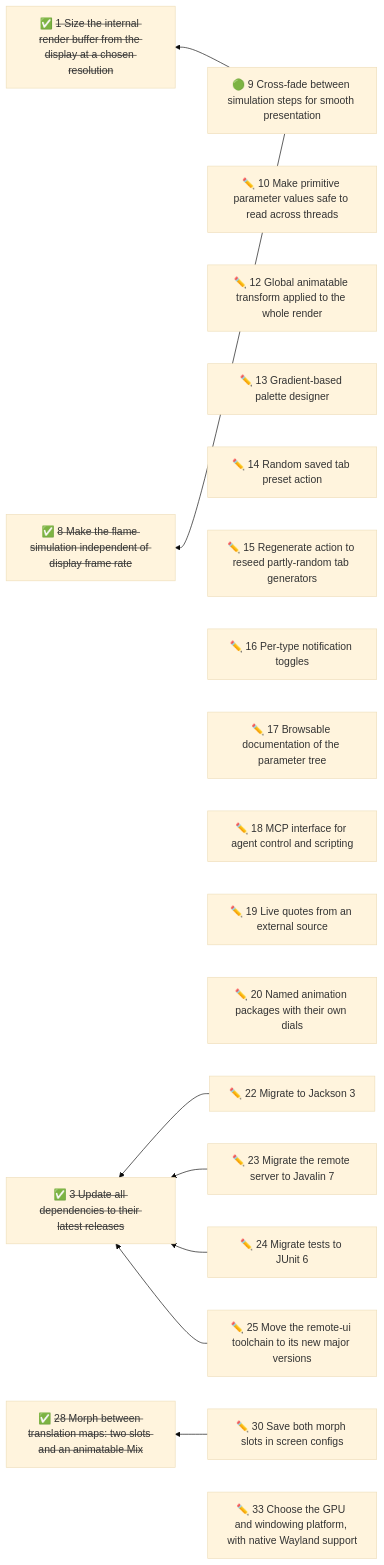
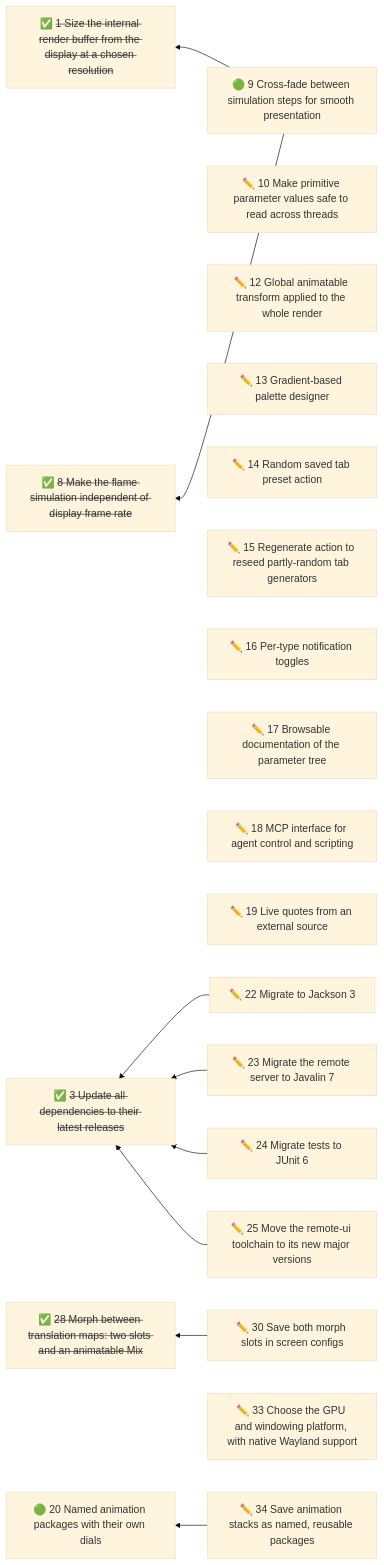
One commit to duckAsteroid/cthugha-reborn changed the diagram in docs/initiatives/README.md. Above: the diagram before and after it, drawn with Mermaid (base theme). The commit also changed other lines of this file and 2 other files, not shown here.

Commit message:
docs(initiatives): design ct#20 (stackable animation packages); add ct#34
Twelve built-in packages (seven 2-D, five 3-D) added per Transform through
an Animations list, combined as modifiers on top of the transform's own
values; Perspective gains Turn/Tip and their spins. Saving user stacks as
named packages is split out as ct#34.

Claude-Session: https://claude.ai/code/session_01YNCZAv8ZyACNq2QKWJoFvK

````diff
--- a/docs/initiatives/README.md
+++ b/docs/initiatives/README.md
@@ -50,52 +51,55 @@
 ```mermaid
 flowchart RL
   n9["🟢 9 Cross-fade between simulation steps for smooth presentation"]
   n10["✏️ 10 Make primitive parameter values safe to read across threads"]
   n12["✏️ 12 Global animatable transform applied to the whole render"]
   n13["✏️ 13 Gradient-based palette designer"]
   n14["✏️ 14 Random saved tab preset action"]
   n15["✏️ 15 Regenerate action to reseed partly-random tab generators"]
   n16["✏️ 16 Per-type notification toggles"]
   n17["✏️ 17 Browsable documentation of the parameter tree"]
   n18["✏️ 18 MCP interface for agent control and scripting"]
   n19["✏️ 19 Live quotes from an external source"]
-  n20["✏️ 20 Named animation packages with their own dials"]
+  n20["🟢 20 Named animation packages with their own dials"]
   n22["✏️ 22 Migrate to Jackson 3"]
   n23["✏️ 23 Migrate the remote server to Javalin 7"]
   n24["✏️ 24 Migrate tests to JUnit 6"]
   n25["✏️ 25 Move the remote-ui toolchain to its new major versions"]
   n30["✏️ 30 Save both morph slots in screen configs"]
   n33["✏️ 33 Choose the GPU and windowing platform, with native Wayland support"]
+  n34["✏️ 34 Save animation stacks as named, reusable packages"]
   n1["✅ <s>1 Size the internal render buffer from the display at a chosen resolution</s>"]
   n8["✅ <s>8 Make the flame simulation independent of display frame rate</s>"]
   n3["✅ <s>3 Update all dependencies to their latest releases</s>"]
   n28["✅ <s>28 Morph between translation maps: two slots and an animatable Mix</s>"]
   n9 --> n1
   n9 --> n8
   n22 --> n3
   n23 --> n3
   n24 --> n3
   n25 --> n3
   n30 --> n28
+  n34 --> n20
   click n9 href "09-decouple-simulation-from-display-with-interpolated-presentat.md"
   click n10 href "10-make-primitive-parameter-values-safe-to-read-across-threads.md"
   click n12 href "12-global-animatable-transform-applied-to-the-whole-render.md"
   click n13 href "13-gradient-based-palette-designer.md"
   click n14 href "14-random-saved-tab-preset-action.md"
   click n15 href "15-regenerate-action-to-reseed-partly-random-tab-generators.md"
   click n16 href "16-per-type-notification-toggles.md"
   click n17 href "17-browsable-documentation-of-the-parameter-tree.md"
   click n18 href "18-mcp-interface-for-agent-control-and-scripting.md"
   click n19 href "19-live-quotes-from-an-external-source.md"
   click n20 href "20-named-animation-packages-with-their-own-dials.md"
   click n22 href "22-migrate-to-jackson-3.md"
   click n23 href "23-migrate-the-remote-server-to-javalin-7.md"
   click n24 href "24-migrate-tests-to-junit-6.md"
   click n25 href "25-move-the-remote-ui-toolchain-to-its-new-major-versions.md"
   click n30 href "30-save-both-morph-slots-in-screen-configs.md"
   click n33 href "33-choose-the-gpu-and-windowing-platform-with-native-wayland-su.md"
+  click n34 href "34-save-animation-stacks-as-named-reusable-packages.md"
   click n1 href "01-cap-the-internal-render-resolution-at-high-window-sizes.md"
   click n8 href "08-make-the-flame-simulation-independent-of-display-frame-rate.md"
   click n3 href "03-update-all-dependencies-to-their-latest-releases.md"
   click n28 href "28-blend-between-two-translation-maps-over-time.md"
 ```
````
